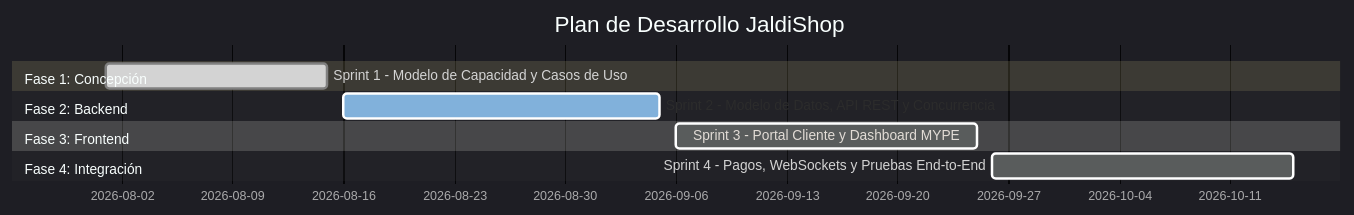
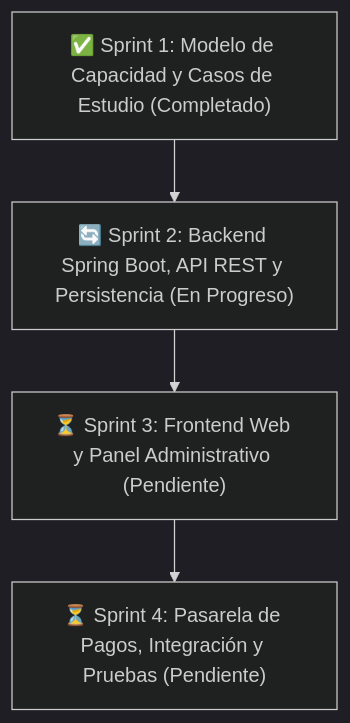
One commit to iJosueeh/jaldishop changed the second of 2 diagrams in README.md. Above: the diagram before and after it, drawn with Mermaid (dark theme). The commit also changed other lines of this file and 3 other files, not shown here.

````diff
--- a/README.md
+++ b/README.md
@@ -112,13 +103,9 @@
 ```mermaid
-gantt
-    title Plan de Desarrollo JaldiShop
-    dateFormat  YYYY-MM-DD
-    section Fase 1: Concepción
-    Sprint 1 - Modelo de Capacidad y Casos de Uso :done, s1, 2026-08-01, 2026-08-15
-    section Fase 2: Backend
-    Sprint 2 - Modelo de Datos, API REST y Concurrencia :active, s2, 2026-08-16, 2026-09-05
-    section Fase 3: Frontend
-    Sprint 3 - Portal Cliente y Dashboard MYPE : s3, 2026-09-06, 2026-09-25
-    section Fase 4: Integración
-    Sprint 4 - Pagos, WebSockets y Pruebas End-to-End : s4, 2026-09-26, 2026-10-15
+flowchart TD
+    S1["✅ Sprint 1: Modelo de Capacidad y Casos de Estudio (Completado)"]
+    S2["🔄 Sprint 2: Backend Spring Boot, API REST y Persistencia (En Progreso)"]
+    S3["⏳ Sprint 3: Frontend Web y Panel Administrativo (Pendiente)"]
+    S4["⏳ Sprint 4: Pasarela de Pagos, Integración y Pruebas (Pendiente)"]
+
+    S1 --> S2 --> S3 --> S4
 ```
````
